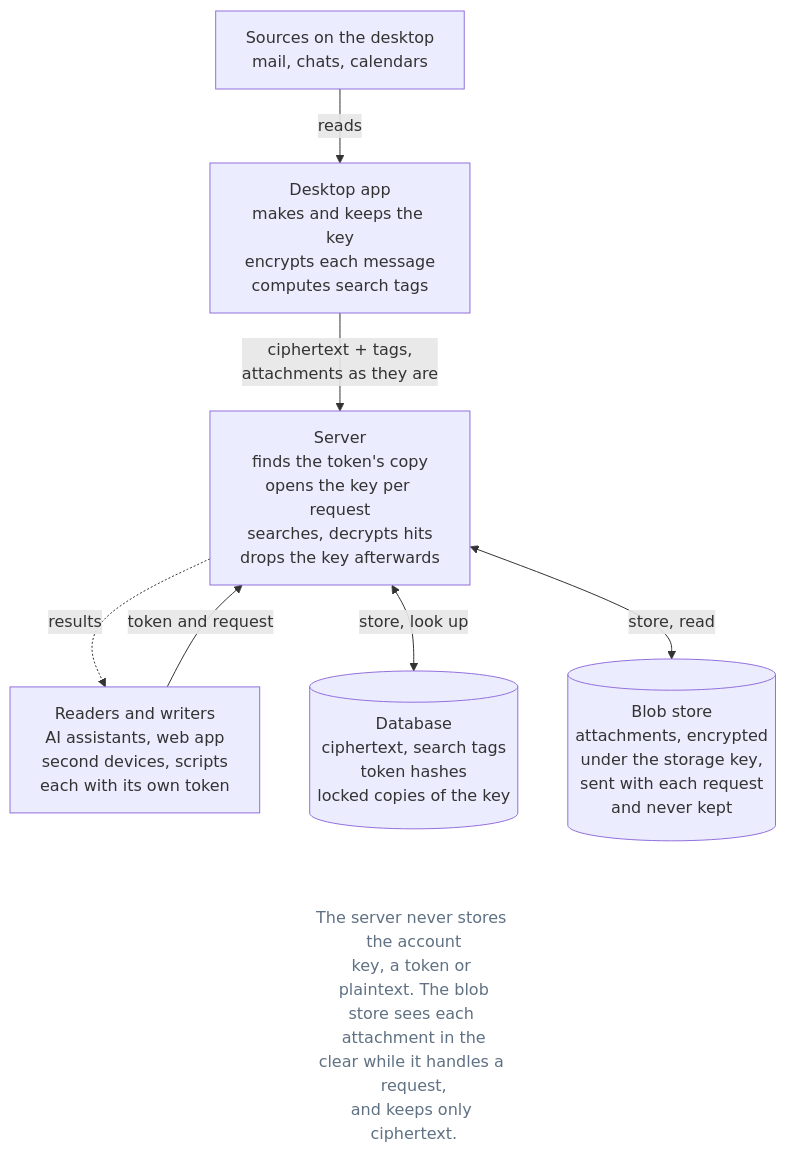
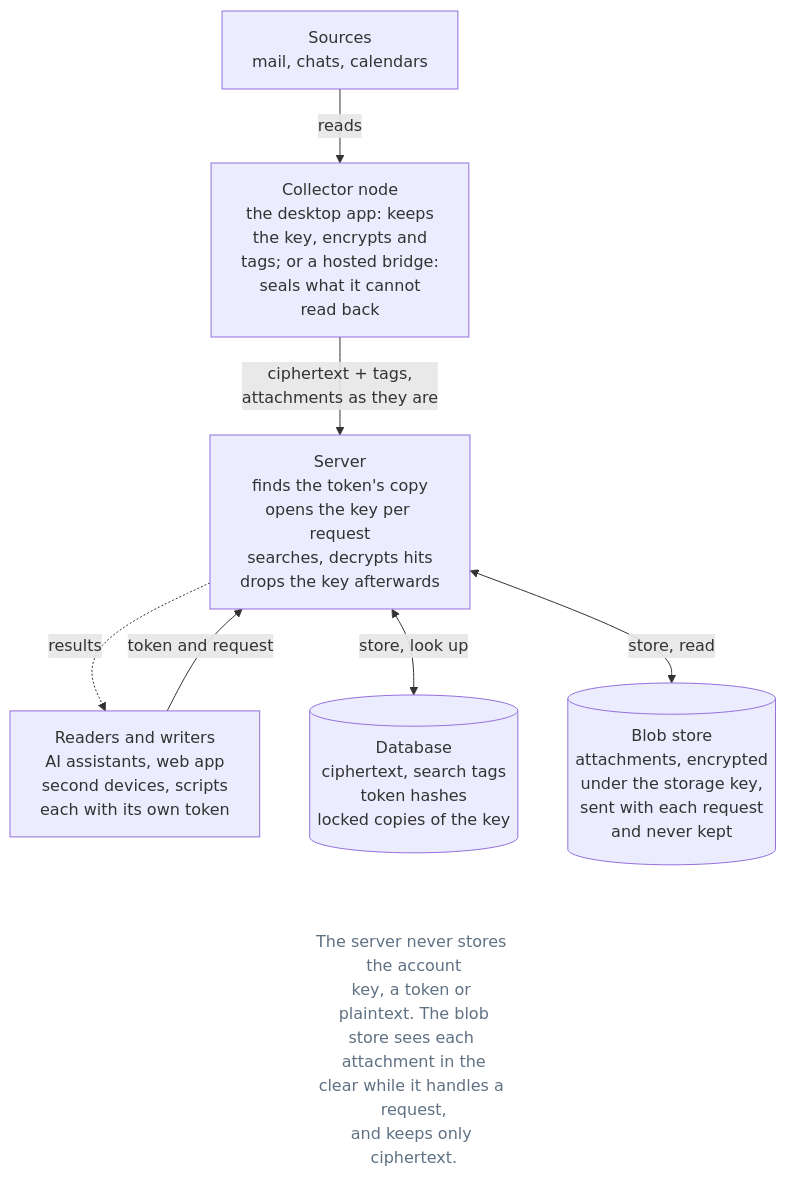
One commit to ajs-consult-llc/mirror-encryption-rfc changed the diagram in diagrams/the-whole-design-1-key-1-kind-of-token.mmd. Above: the diagram before and after it, drawn with Mermaid. The commit also changed 34 other files, not shown here.

```diff
--- a/diagrams/the-whole-design-1-key-1-kind-of-token.mmd
+++ b/diagrams/the-whole-design-1-key-1-kind-of-token.mmd
@@ -1,12 +1,12 @@
 flowchart TB
-  accTitle: Plaintext exists only on the desktop and inside an approved request
-  accDescr: One account key. The desktop encrypts messages before upload, and each reader or writer opens its own copy. The desktop app reads the sources on the desktop (mail, chats, calendars), makes and keeps the key, encrypts each message and computes search tags. It sends ciphertext and tags, and attachments as they are, to the server. Readers and writers (AI assistants, the web app, second devices and scripts), each with its own token, send a token and request to the server. The server finds the token's copy, opens the key per request, searches and decrypts hits, returns the results and drops the key afterwards. It stores and looks up ciphertext, search tags, token hashes and locked copies of the key in the database, and stores and reads attachments in the blob store, encrypted under the storage key, which is sent with each request and never kept. The server never stores the account key, a token or plaintext. The blob store sees each attachment in the clear while it handles a request, and keeps only ciphertext.
-  S["Sources on the desktop<br/>mail, chats, calendars"] -->|reads| D["Desktop app<br/>makes and keeps the key<br/>encrypts each message<br/>computes search tags"]
+  accTitle: Plaintext exists only on the collector node and inside an approved request
+  accDescr: One account key. The collector encrypts or seals messages before upload, and each reader or writer opens its own copy. The collector node reads the sources (mail, chats, calendars). It is either the desktop app, which keeps the key, encrypts each message and computes search tags, or a hosted bridge, which seals what it cannot read back. It sends ciphertext and tags, and attachments as they are, to the server. Readers and writers (AI assistants, the web app, second devices and scripts), each with its own token, send a token and request to the server. The server finds the token's copy, opens the key per request, searches and decrypts hits, returns the results and drops the key afterwards. It stores and looks up ciphertext, search tags, token hashes and locked copies of the key in the database, and stores and reads attachments in the blob store, encrypted under the storage key, which is sent with each request and never kept. The server never stores the account key, a token or plaintext. The blob store sees each attachment in the clear while it handles a request, and keeps only ciphertext.
+  S["Sources<br/>mail, chats, calendars"] -->|reads| D["Collector node<br/>the desktop app: keeps<br/>the key, encrypts and<br/>tags; or a hosted bridge:<br/>seals what it cannot<br/>read back"]
   R["Readers and writers<br/>AI assistants, web app<br/>second devices, scripts<br/>each with its own token"]
   D -->|"ciphertext + tags,<br/>attachments as they are"| V["Server<br/>finds the token's copy<br/>opens the key per request<br/>searches, decrypts hits<br/>drops the key afterwards"]
   R -->|token and request| V
   V -.->|results| R
   V <-->|store, look up| B[("Database<br/>ciphertext, search tags<br/>token hashes<br/>locked copies of the key")]
   V <-->|store, read| O[("Blob store<br/>attachments, encrypted<br/>under the storage key,<br/>sent with each request<br/>and never kept")]
   B ~~~ N["The server never stores the account<br/>key, a token or plaintext. The blob<br/>store sees each attachment in the<br/>clear while it handles a request,<br/>and keeps only ciphertext."]:::note
   classDef note fill:none,stroke:none,color:#5f7183
```
